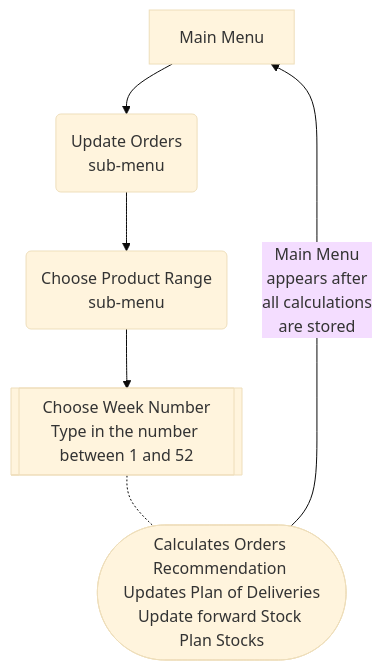
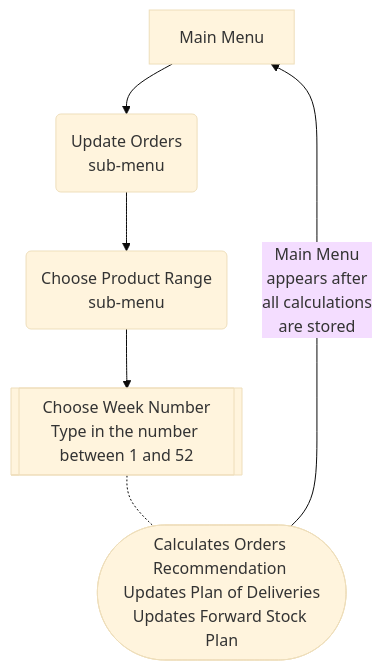
Before and after one commit to Mykola-CI/forward-stock-plan: the fourth of 5 diagrams in README.md, drawn with Mermaid (base theme). The commit also changed other lines of this file and 2 other files, not shown here.

````diff
--- a/README.md
+++ b/README.md
@@ -163,8 +170,8 @@
 ```mermaid
 flowchart TB
 A[Main Menu]-->AD
 AD(Update Orders<br>sub-menu)-->ABP(Choose Product Range<br>sub-menu)
 ABP-->W[[Choose Week Number<br>Type in the number between 1 and 52]]
-W-.-CAO([Calculates Orders Recommendation <br>Updates Plan of Deliveries<br>Update forward Stock Plan Stocks])
+W-.-CAO([Calculates Orders Recommendation <br>Updates Plan of Deliveries<br>Updates Forward Stock Plan])
 CAO--Main Menu<br> appears after<br> all calculations<br>are stored-->A
 ```
````
